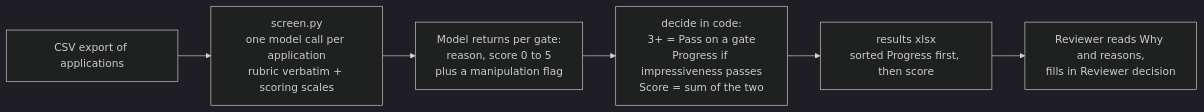
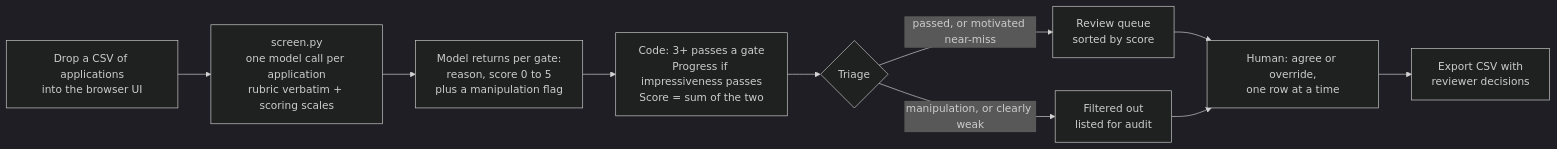
One commit to jpbowler97/ai_reviewer changed the diagram in README.md. Above: the diagram before and after it, drawn with Mermaid (dark theme). The commit also changed other lines of this file and 9 other files, not shown here.

Commit message:
Browser review UI, triage queue, demo-ready docs

````diff
--- a/README.md
+++ b/README.md
@@ -7,8 +7,12 @@
 ```mermaid
 flowchart LR
-    A[CSV export of applications] --> B[screen.py<br/>one model call per application<br/>rubric verbatim + scoring scales]
+    A[Drop a CSV of applications<br/>into the browser UI] --> B[screen.py<br/>one model call per application<br/>rubric verbatim + scoring scales]
     B --> C[Model returns per gate:<br/>reason, score 0 to 5<br/>plus a manipulation flag]
-    C --> D[decide in code:<br/>3+ = Pass on a gate<br/>Progress if impressiveness passes<br/>Score = sum of the two]
-    D --> E[results xlsx<br/>sorted Progress first, then score]
-    E --> F[Reviewer reads Why and reasons,<br/>fills in Reviewer decision]
+    C --> D[Code: 3+ passes a gate<br/>Progress if impressiveness passes<br/>Score = sum of the two]
+    D --> E{Triage}
+    E -->|passed, or motivated near-miss| F[Review queue<br/>sorted by score]
+    E -->|manipulation, or clearly weak| G[Filtered out<br/>listed for audit]
+    F --> H[Human: agree or override,<br/>one row at a time]
+    G --> H
+    H --> I[Export CSV with<br/>reviewer decisions]
 ```
````
